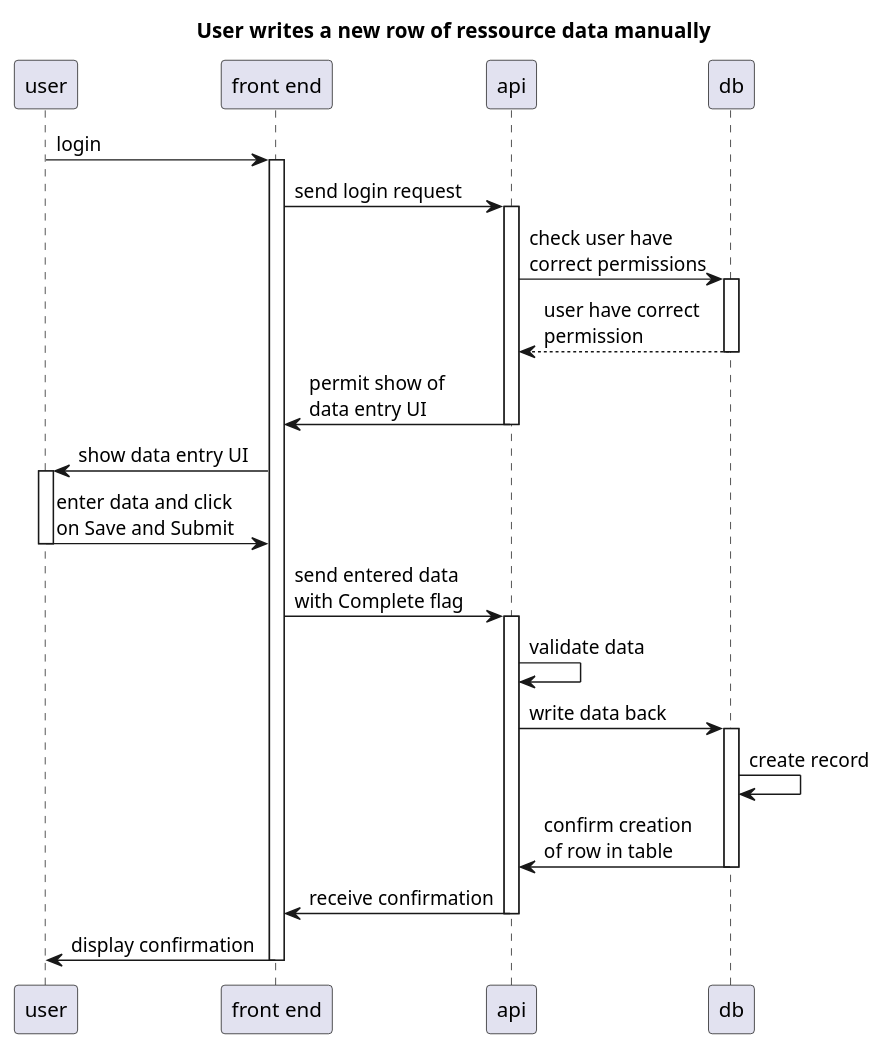
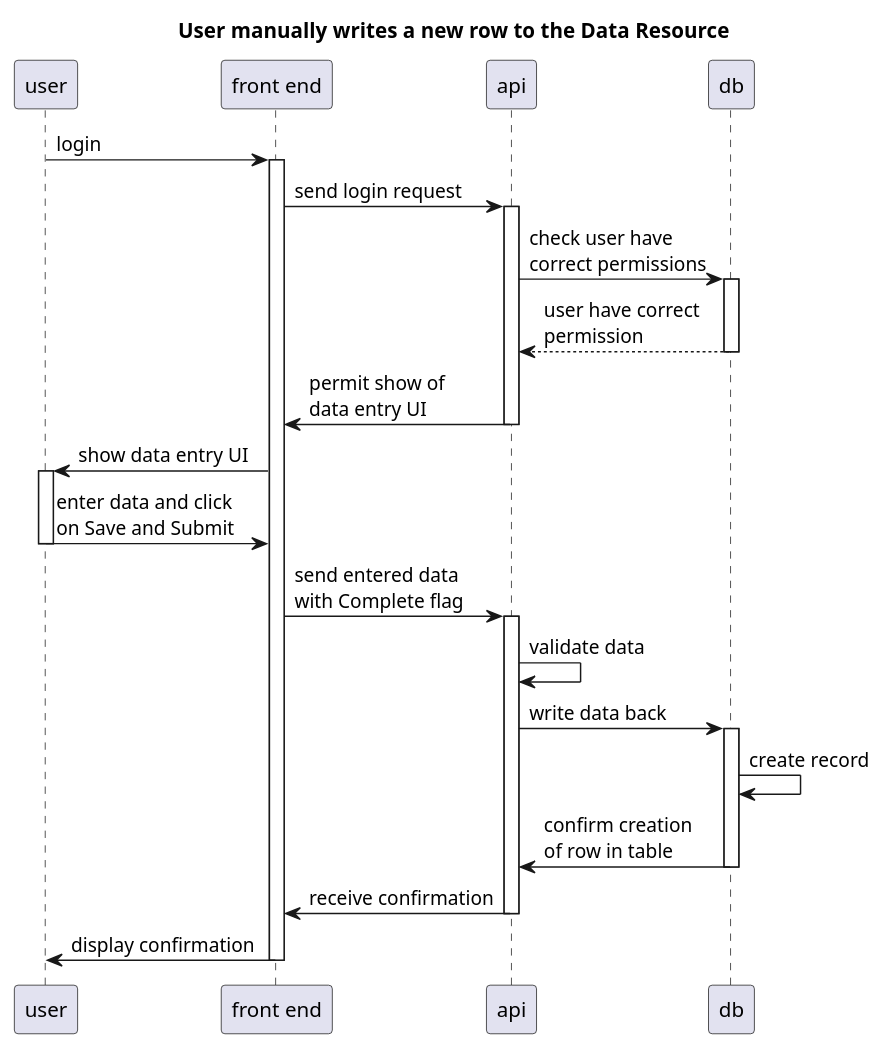
The diagram in design/images/runtime_manual_data_entry.puml (seedcase-project/seedcase-website), drawn with PlantUML before and after one commit. The commit also changed 2 other files, not shown here.

Commit message:
ressource to Data Resource

```diff
--- a/design/images/runtime_manual_data_entry.puml
+++ b/design/images/runtime_manual_data_entry.puml
@@ -1,24 +1,24 @@
 @startuml
 
-title : User writes a new row of ressource data manually
+title : User manually writes a new row to the Data Resource
 
 participant "user" as u
 participant "front end" as f
 participant "api" as api
 participant "db" as db
 
 u -> f ++: login
 f -> api ++: send login request
 api -> db ++: check user have \ncorrect permissions
 return user have correct \npermission
 api -> f --: permit show of  \ndata entry UI
 f -> u ++: show data entry UI
 u -> f --: enter data and click \non Save and Submit
 f -> api ++: send entered data \nwith Complete flag
 api -> api : validate data
 api -> db ++: write data back
 db -> db : create record
 db -> api --: confirm creation \nof row in table
 api -> f --: receive confirmation
 f -> u --: display confirmation
 @enduml
```
